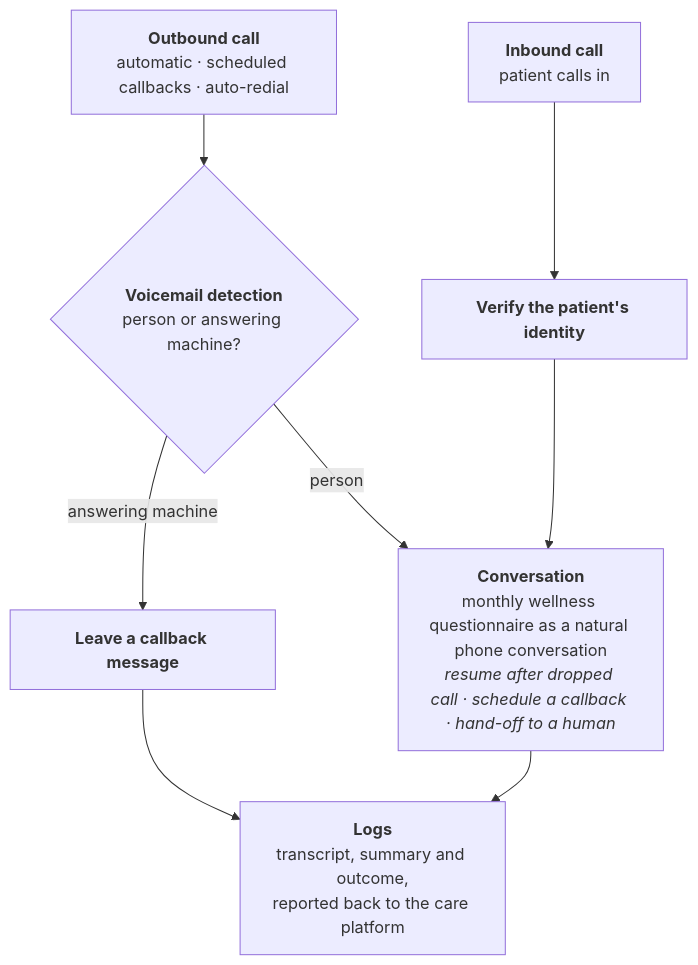
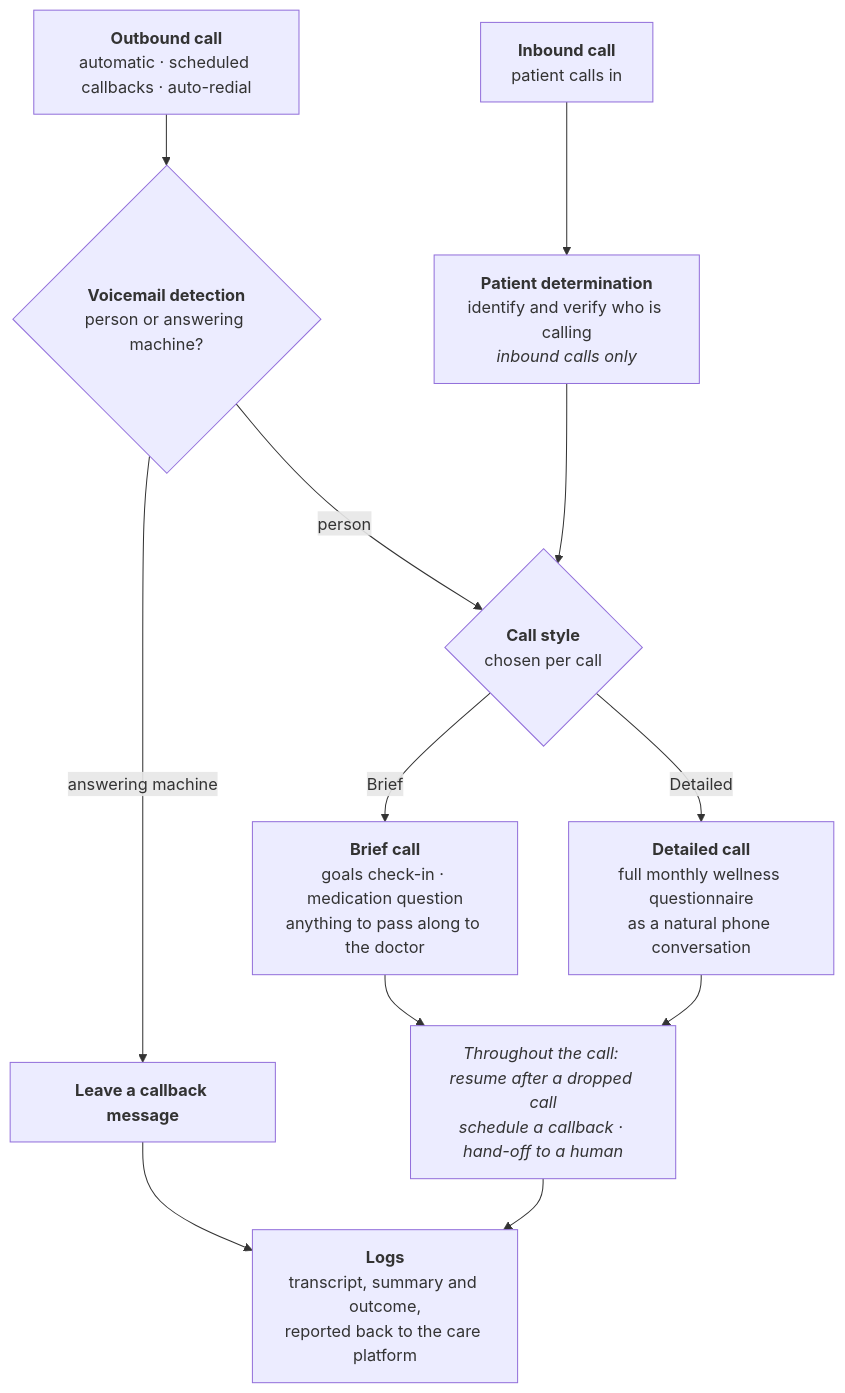
Before and after one commit to ALIKAZMI001/ccm-outreach-agent: the diagram in README.md, drawn with Mermaid. The commit also changed other lines of this file, not shown here.

Commit message:
Add Brief/Detailed call styles; patient determination on inbound calls only

````diff
--- a/README.md
+++ b/README.md
@@ -13,11 +13,24 @@
 ```mermaid
 flowchart TD
-    O["<b>Outbound call</b><br/>automatic · scheduled callbacks · auto-redial"] --> M{"<b>Voicemail detection</b><br/>person or answering machine?"}
-    M -- "answering machine" --> L["<b>Leave a callback message</b>"]
-    M -- "person" --> Q
-    I["<b>Inbound call</b><br/>patient calls in"] --> V["<b>Verify the patient's identity</b>"]
-    V --> Q
-    Q["<b>Conversation</b><br/>monthly wellness questionnaire as a natural phone conversation<br/><i>resume after dropped call · schedule a callback · hand-off to a human</i>"] --> S
+    O["<b>Outbound call</b><br/>automatic · scheduled callbacks · auto-redial"]
+    I["<b>Inbound call</b><br/>patient calls in"]
+    M{"<b>Voicemail detection</b><br/>person or answering machine?"}
+    L["<b>Leave a callback message</b>"]
+    V["<b>Patient determination</b><br/>identify and verify who is calling<br/><i>inbound calls only</i>"]
+    T{"<b>Call style</b><br/>chosen per call"}
+    B["<b>Brief call</b><br/>goals check-in · medication question<br/>anything to pass along to the doctor"]
+    D["<b>Detailed call</b><br/>full monthly wellness questionnaire<br/>as a natural phone conversation"]
+    W["<i>Throughout the call: resume after a dropped call<br/>schedule a callback · hand-off to a human</i>"]
+    S["<b>Logs</b><br/>transcript, summary and outcome,<br/>reported back to the care platform"]
+    O --> M
+    M -- "answering machine" --> L
+    M -- "person" --> T
+    I --> V
+    V --> T
+    T -- "Brief" --> B
+    T -- "Detailed" --> D
+    B --> W
+    D --> W
+    W --> S
     L --> S
-    S["<b>Logs</b><br/>transcript, summary and outcome,<br/>reported back to the care platform"]
 ```
````
